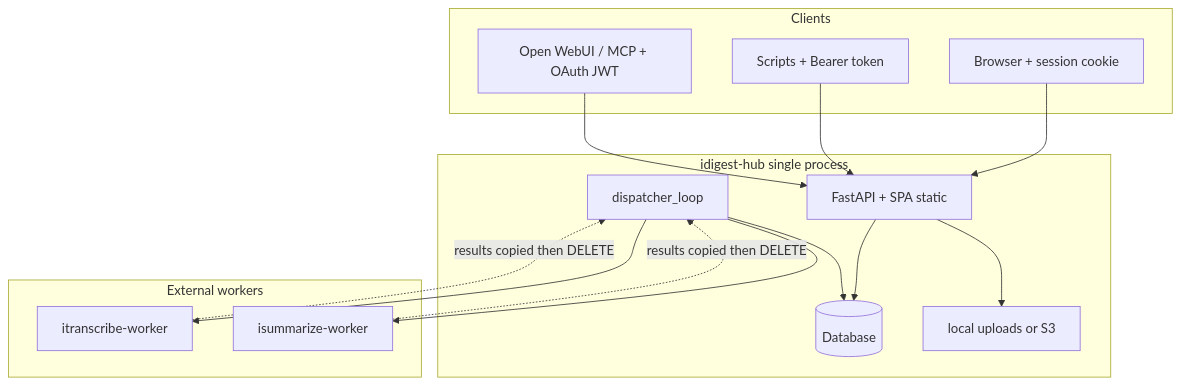
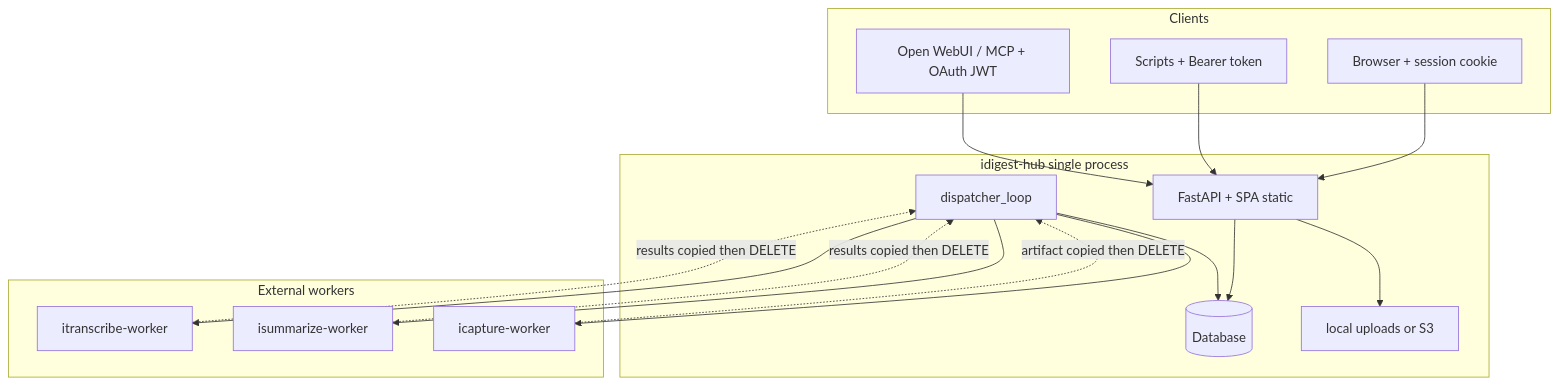
Before and after one commit to dude75/idigest-hub: the diagram in docs/en/architecture/overview.md, drawn with Mermaid. The commit also changed other lines of this file and 10 other files, not shown here.

First line of the commit message:
Document capture in architecture and refresh frontend ops docs.

````diff
--- a/docs/en/architecture/overview.md
+++ b/docs/en/architecture/overview.md
@@ -17,31 +17,34 @@
 ```mermaid
 flowchart TB
   subgraph clients [Clients]
     Browser[Browser + session cookie]
     API[Scripts + Bearer token]
     MCP[Open WebUI / MCP + OAuth JWT]
   end
 
   subgraph hub [idigest-hub single process]
     FastAPI[FastAPI + SPA static]
     Dispatch[dispatcher_loop]
     DB[(Database)]
     FS[local uploads or S3]
   end
 
   subgraph workers [External workers]
     TW[itranscribe-worker]
     SW[isummarize-worker]
+    CW[icapture-worker]
   end
 
   Browser --> FastAPI
   API --> FastAPI
   MCP --> FastAPI
   FastAPI --> DB
   FastAPI --> FS
   Dispatch --> DB
   Dispatch --> TW
   Dispatch --> SW
+  Dispatch --> CW
   TW -.->|results copied then DELETE| Dispatch
   SW -.->|results copied then DELETE| Dispatch
+  CW -.->|artifact copied then DELETE| Dispatch
 ```
````
